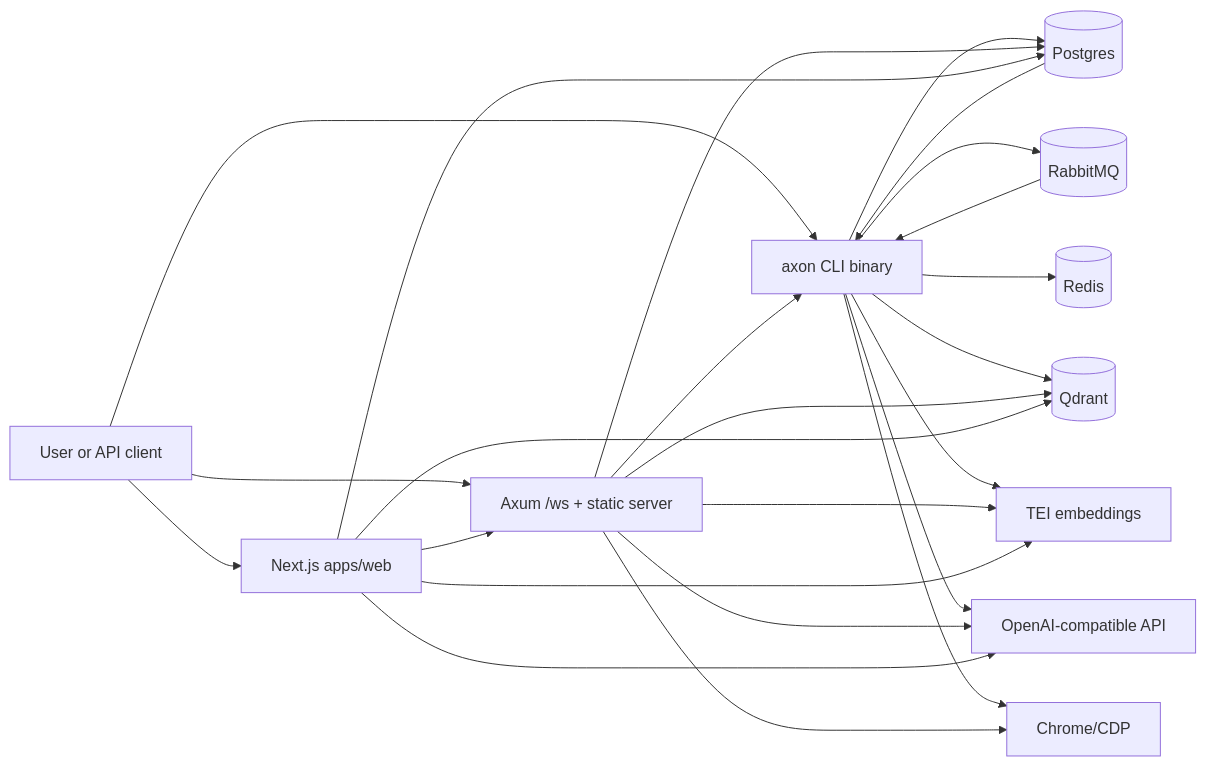
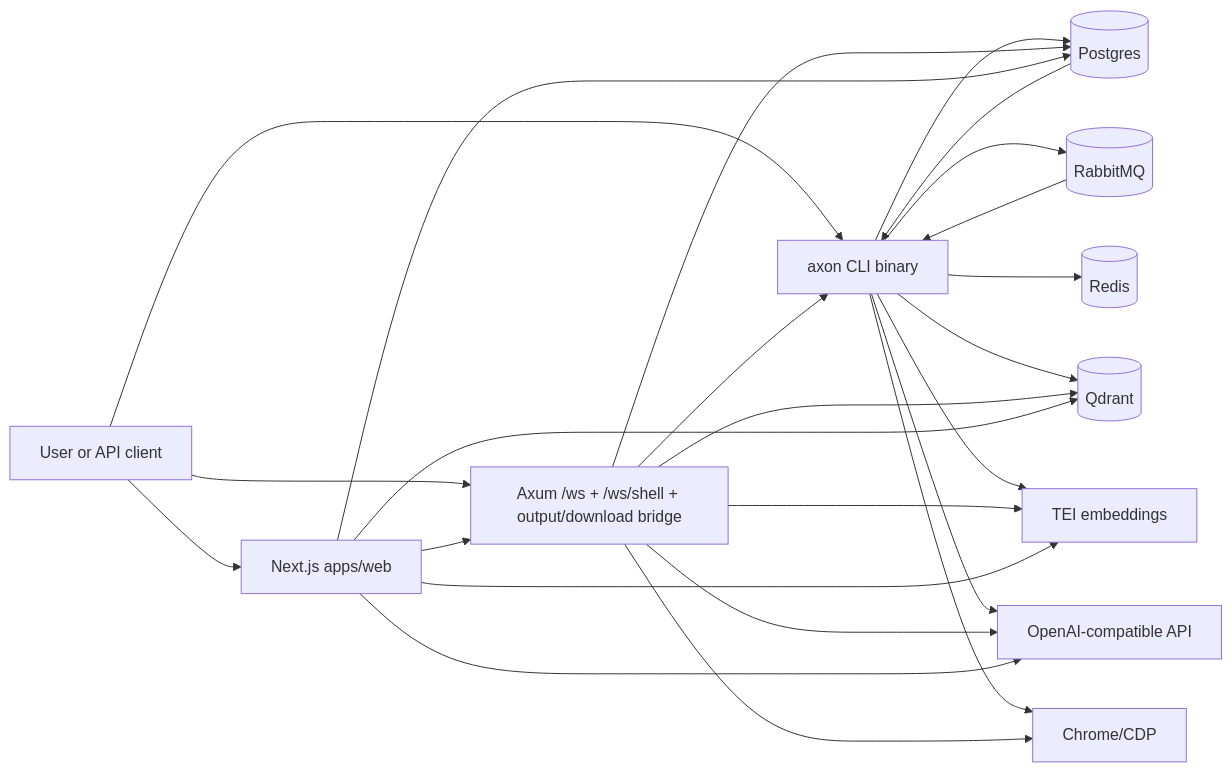
One commit to jmagar/axon changed the first of 9 diagrams in docs/ARCHITECTURE.md. Above: the diagram before and after it, drawn with Mermaid. The commit also changed other lines of this file and 218 other files, not shown here.

````diff
--- a/docs/ARCHITECTURE.md
+++ b/docs/ARCHITECTURE.md
@@ -39,43 +39,43 @@
 ```mermaid
 flowchart LR
   U[User or API client]
   CLI[axon CLI binary]
-  WEB[Axum /ws + static server]
+  WEB[Axum /ws + /ws/shell + output/download bridge]
   NX[Next.js apps/web]
 
   PG[(Postgres)]
   RQ[(RabbitMQ)]
   RD[(Redis)]
   QD[(Qdrant)]
   TEI[TEI embeddings]
   LLM[OpenAI-compatible API]
   CHR[Chrome/CDP]
 
   U --> CLI
   U --> NX
   U --> WEB
 
   CLI --> PG
   CLI --> RQ
   CLI --> RD
   CLI --> QD
   CLI --> TEI
   CLI --> LLM
   CLI --> CHR
 
   WEB --> CLI
   WEB --> PG
   WEB --> QD
   WEB --> TEI
   WEB --> LLM
   WEB --> CHR
 
   NX --> WEB
   NX --> PG
   NX --> QD
   NX --> TEI
   NX --> LLM
 
   RQ --> CLI
   PG --> CLI
 ```
````
